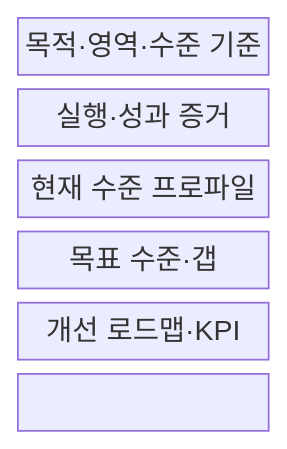
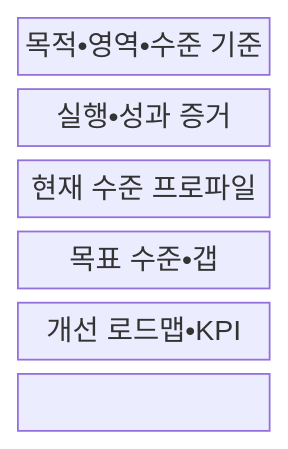
Before and after one commit to agnusdei1207/knowledge-base: the first of 2 diagrams in src/content/docs/notes/06-evaluation/051_digital_service_maturity_evaluation.md, drawn with Mermaid. The commit also changed other lines of this file and 953 other files, not shown here.

````diff
--- a/src/content/docs/notes/06-evaluation/051_digital_service_maturity_evaluation.md
+++ b/src/content/docs/notes/06-evaluation/051_digital_service_maturity_evaluation.md
@@ -68,11 +68,11 @@
 ```mermaid
 block-beta
   columns 1
-  C["목적·영역·수준 기준"]
-  E["실행·성과 증거"]
+  C["목적•영역•수준 기준"]
+  E["실행•성과 증거"]
   P["현재 수준 프로파일"]
-  G["목표 수준·갭"]
-  R["개선 로드맵·KPI"]
+  G["목표 수준•갭"]
+  R["개선 로드맵•KPI"]
   C --- E --- P
   P --- G --- R
 ```
````
